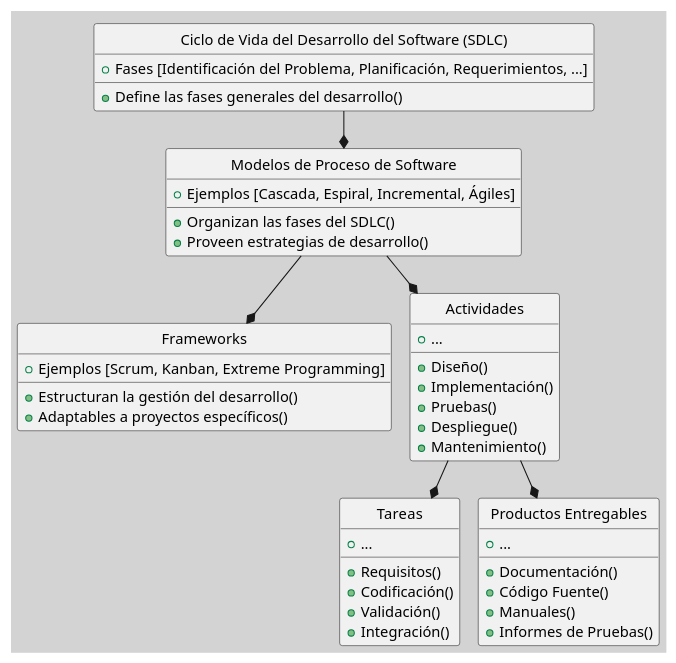
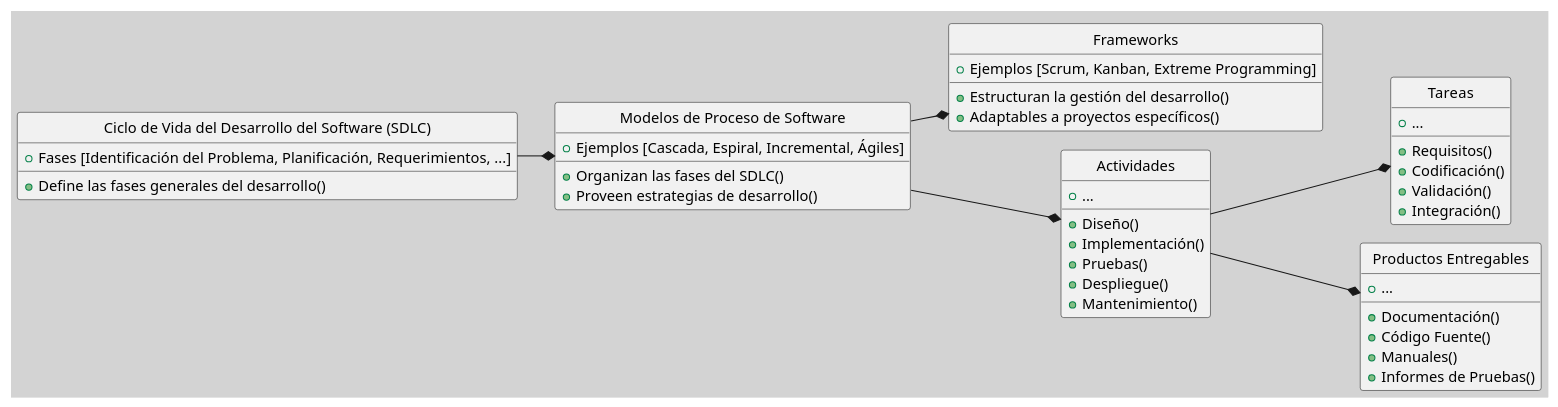
The first of 2 diagrams in src/site/notes/050 Base de Conocimientos/200  Mi Zettelkasten/100 Docencia/IS1/2025/Clase 04 Modelos de Proceso de Software/Zk !MOC Modelos de Proceso de Software.md (egrpy/egr-zettel-lectures), drawn with PlantUML before and after one commit. The commit also changed other lines of this file and 6 other files, not shown here.

````diff
--- a/src/site/notes/050 Base de Conocimientos/200  Mi Zettelkasten/100 Docencia/IS1/2025/Clase 04 Modelos de Proceso de Software/Zk !MOC Modelos de Proceso de Software.md
+++ b/src/site/notes/050 Base de Conocimientos/200  Mi Zettelkasten/100 Docencia/IS1/2025/Clase 04 Modelos de Proceso de Software/Zk !MOC Modelos de Proceso de Software.md
@@ -14,56 +14,57 @@
 ```plantuml
 @startuml
 !pragma layout smetana
 skinparam style strictuml
 skinparam BackgroundColor LightGray
+left to right direction
 
 class "Ciclo de Vida del Desarrollo del Software (SDLC)" {
     + Fases [Identificación del Problema, Planificación, Requerimientos, ...]
     + Define las fases generales del desarrollo()
 }
 
 class "Modelos de Proceso de Software" {
     + Ejemplos [Cascada, Espiral, Incremental, Ágiles]
     + Organizan las fases del SDLC()
     + Proveen estrategias de desarrollo()
 }
 
 class "Frameworks" {
     + Estructuran la gestión del desarrollo()
     + Adaptables a proyectos específicos()
     + Ejemplos [Scrum, Kanban, Extreme Programming]
 }
 
 class "Actividades" {
     + Diseño()
     + Implementación()
     + Pruebas()
     + Despliegue()
     + Mantenimiento()
     + ...
 }
 
 class "Tareas" {
     + Requisitos()
     + Codificación()
     + Validación()
     + Integración()
     + ...
 }
 
 class "Productos Entregables" {
     + Documentación()
     + Código Fuente()
     + Manuales()
     + Informes de Pruebas()
     + ...
 }
 
 "Ciclo de Vida del Desarrollo del Software (SDLC)" --* "Modelos de Proceso de Software"
 "Modelos de Proceso de Software" --* "Frameworks"
 "Modelos de Proceso de Software" --* "Actividades"
 "Actividades" --* "Tareas"
 "Actividades" --* "Productos Entregables"
 @enduml
 
 ```
````
